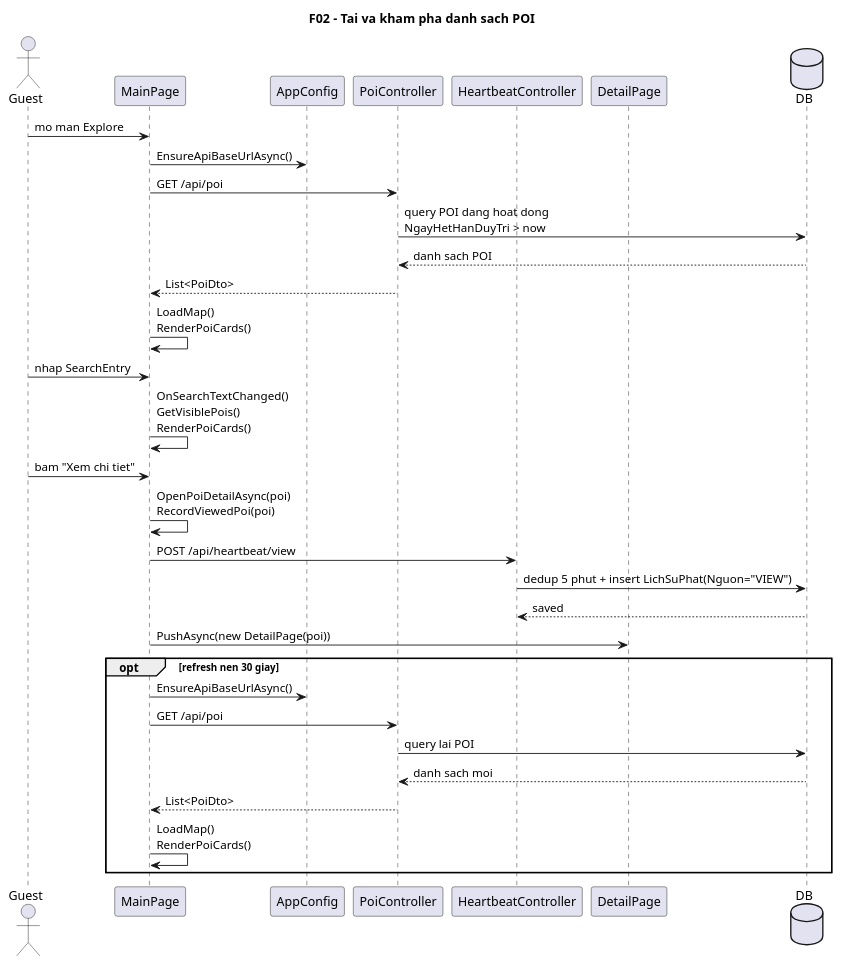
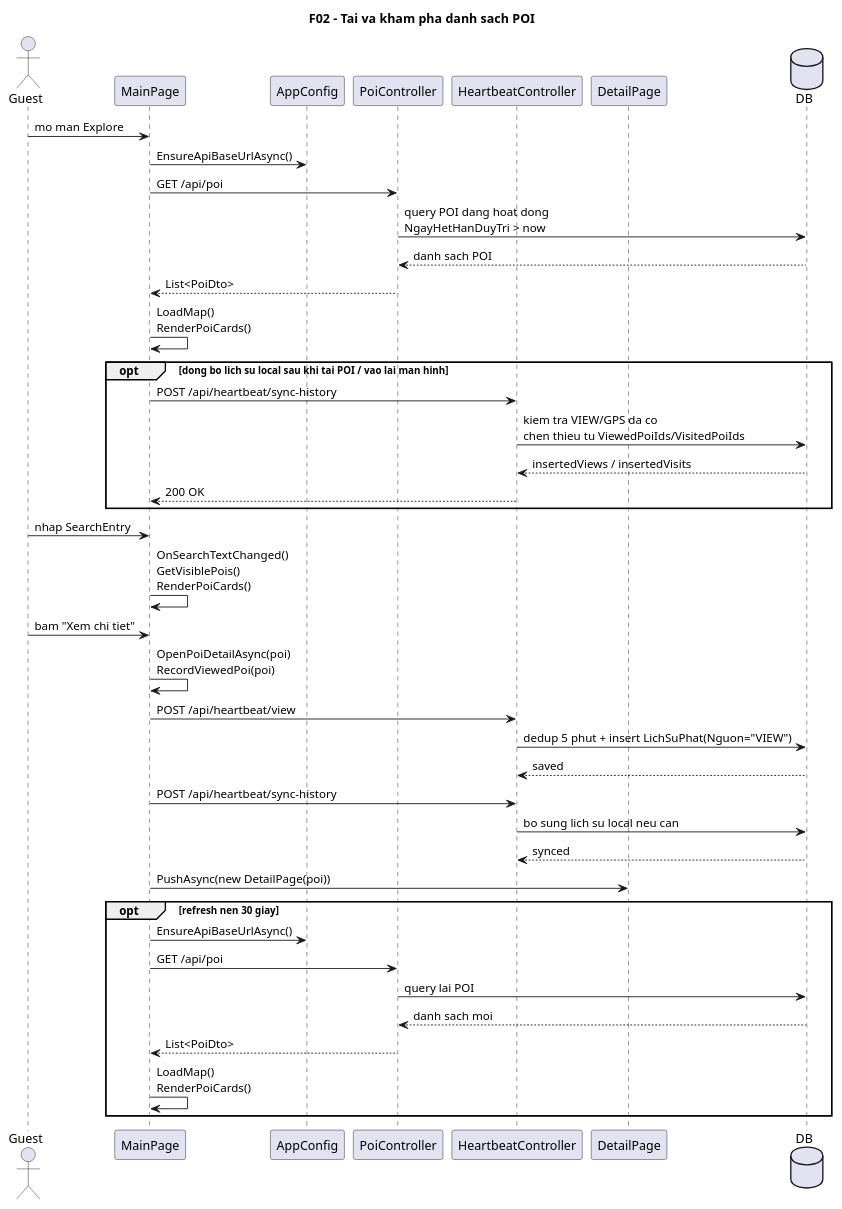
Before and after one commit to VoBao182/PhoAmThuc: the diagram in docs/diagrams/02-poi-explore-sequence.puml, drawn with PlantUML. The commit also changed 6 other files, not shown here.

```diff
--- a/docs/diagrams/02-poi-explore-sequence.puml
+++ b/docs/diagrams/02-poi-explore-sequence.puml
@@ -1,46 +1,55 @@
 @startuml
 ' Diagram: F02 - Tai va kham pha danh sach POI (Sequence)
 ' Status: WIP
 ' Baseline: branch master, HEAD 6510344
 ' Source:
-' - VinhKhanhTourDemo/MainPage.xaml.cs: LoadPoisFromApi(), OnSearchTextChanged(), OpenPoiDetailAsync(), RecordPoiViewAsync()
+' - VinhKhanhTourDemo/MainPage.xaml.cs: OnAppearing(), LoadPoisFromApi(), OnSearchTextChanged(), OpenPoiDetailAsync(), RecordPoiViewAsync(), SyncPoiHistoryAsync()
 ' - VinhKhanhTour.API/Controllers/PoiController.cs: GetAll()
-' - VinhKhanhTour.API/Controllers/HeartbeatController.cs: RecordView()
-' Note: Sequence da bam theo code MainPage hien tai; chua mo rong them luong ngoai repo va khong tu suy dien event nao khac.
+' - VinhKhanhTour.API/Controllers/HeartbeatController.cs: RecordView(), SyncHistory()
+' Note: Da bo sung luong dong bo lich su local -> server; cac buoc khac duoc giu nguyen.
 title F02 - Tai va kham pha danh sach POI
 
 actor Guest
 participant MainPage
 participant AppConfig
 participant "PoiController" as PoiController
 participant "HeartbeatController" as HeartbeatController
 participant DetailPage
 database DB
 
 Guest -> MainPage: mo man Explore
 MainPage -> AppConfig: EnsureApiBaseUrlAsync()
 MainPage -> PoiController: GET /api/poi
 PoiController -> DB: query POI dang hoat dong\nNgayHetHanDuyTri > now
 DB --> PoiController: danh sach POI
 PoiController --> MainPage: List<PoiDto>
 MainPage -> MainPage: LoadMap()\nRenderPoiCards()
+opt dong bo lich su local sau khi tai POI / vao lai man hinh
+  MainPage -> HeartbeatController: POST /api/heartbeat/sync-history
+  HeartbeatController -> DB: kiem tra VIEW/GPS da co\nchen thieu tu ViewedPoiIds/VisitedPoiIds
+  DB --> HeartbeatController: insertedViews / insertedVisits
+  HeartbeatController --> MainPage: 200 OK
+end
 
 Guest -> MainPage: nhap SearchEntry
 MainPage -> MainPage: OnSearchTextChanged()\nGetVisiblePois()\nRenderPoiCards()
 
 Guest -> MainPage: bam "Xem chi tiet"
 MainPage -> MainPage: OpenPoiDetailAsync(poi)\nRecordViewedPoi(poi)
 MainPage -> HeartbeatController: POST /api/heartbeat/view
 HeartbeatController -> DB: dedup 5 phut + insert LichSuPhat(Nguon="VIEW")
 DB --> HeartbeatController: saved
+MainPage -> HeartbeatController: POST /api/heartbeat/sync-history
+HeartbeatController -> DB: bo sung lich su local neu can
+DB --> HeartbeatController: synced
 MainPage -> DetailPage: PushAsync(new DetailPage(poi))
 
 opt refresh nen 30 giay
   MainPage -> AppConfig: EnsureApiBaseUrlAsync()
   MainPage -> PoiController: GET /api/poi
   PoiController -> DB: query lai POI
   DB --> PoiController: danh sach moi
   PoiController --> MainPage: List<PoiDto>
   MainPage -> MainPage: LoadMap()\nRenderPoiCards()
 end
 @enduml
```
